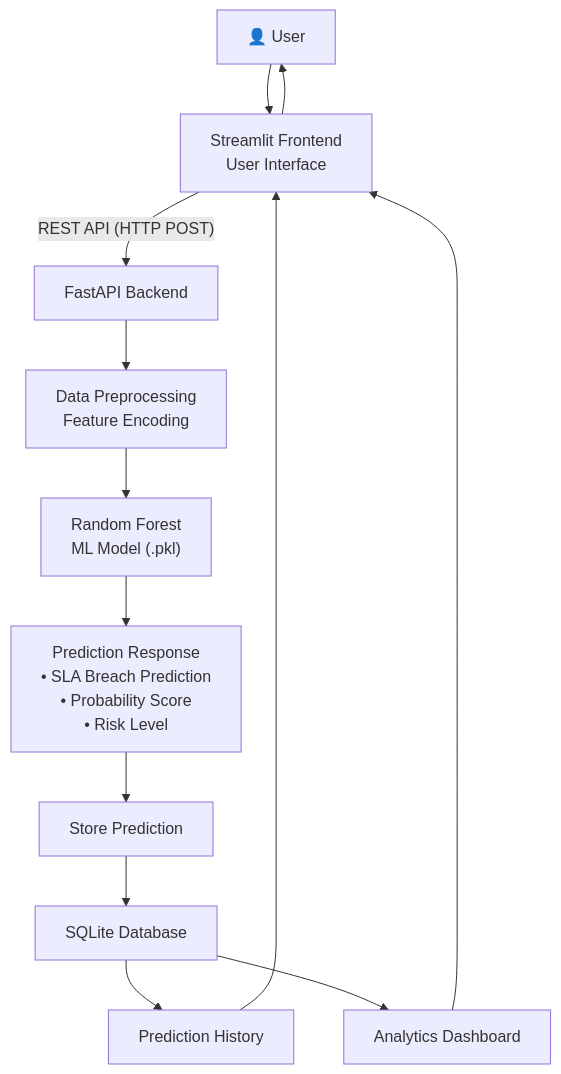
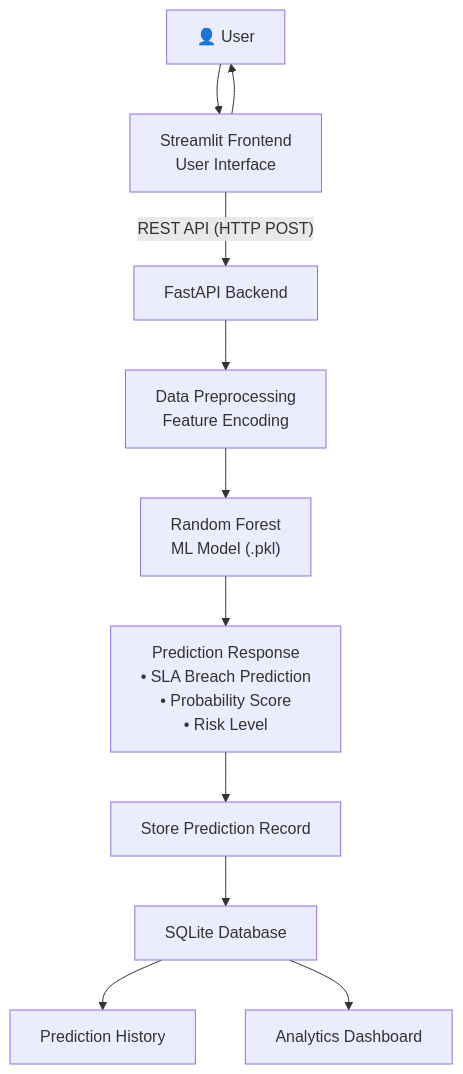
The diagram in README.md (TanmayJindal1205/Intelligent-ITSM-Decision-Support-System), drawn with Mermaid before and after one commit.

````diff
--- a/README.md
+++ b/README.md
@@ -205,29 +205,25 @@
 ```mermaid
 flowchart TD
 
     U["👤 User"]
 
     U --> S["Streamlit Frontend<br/>User Interface"]
 
     S -->|"REST API (HTTP POST)"| F["FastAPI Backend"]
 
     F --> P["Data Preprocessing<br/>Feature Encoding"]
 
     P --> M["Random Forest<br/>ML Model (.pkl)"]
 
     M --> R["Prediction Response<br/>• SLA Breach Prediction<br/>• Probability Score<br/>• Risk Level"]
 
-    R --> ST["Store Prediction"]
+    R --> ST["Store Prediction Record"]
 
     ST --> DB["SQLite Database"]
 
     DB --> PH["Prediction History"]
 
     DB --> AD["Analytics Dashboard"]
 
-    PH --> S
-
-    AD --> S
-
     S --> U
 ```
````
